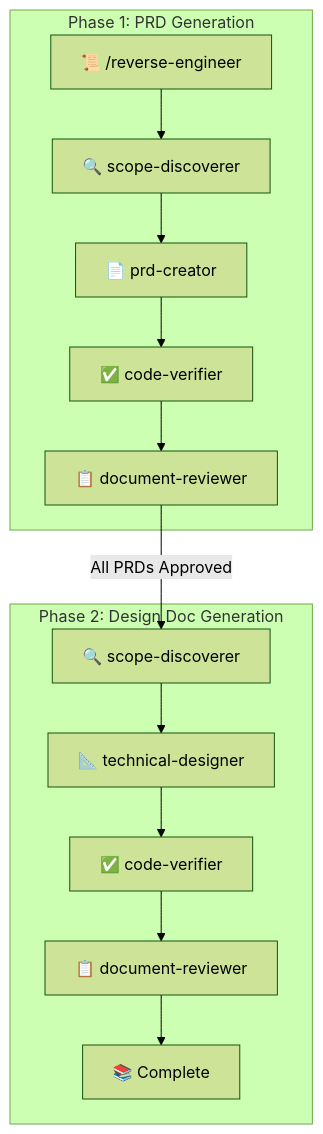
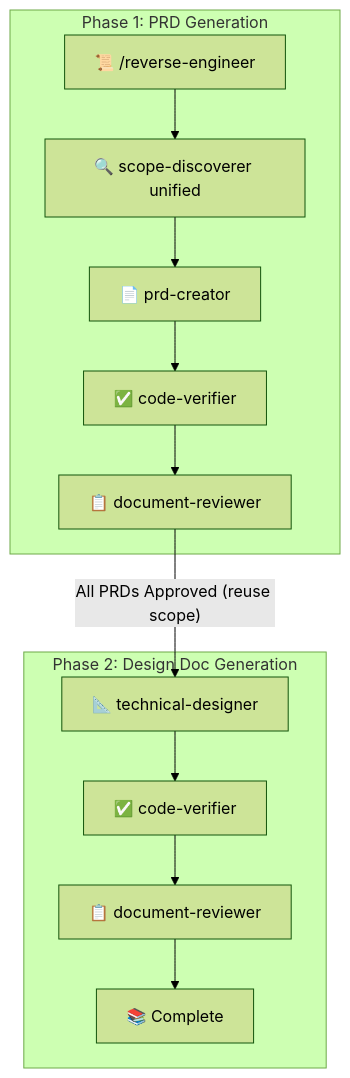
One commit to shinpr/claude-code-workflows changed the third of 3 diagrams in README.md. Above: the diagram before and after it, drawn with Mermaid (forest theme). The commit also changed other lines of this file and 7 other files, not shown here.

First line of the commit message:
feat: unify scope-discoverer and add fullstack support to reverse-engineer

````diff
--- a/README.md
+++ b/README.md
@@ -124,18 +124,17 @@
 ```mermaid
 graph TB
     subgraph Phase1[Phase 1: PRD Generation]
-        CMD[📜 /reverse-engineer] --> SD1[🔍 scope-discoverer]
-        SD1 --> PRD[📄 prd-creator]
+        CMD[📜 /reverse-engineer] --> SD[🔍 scope-discoverer unified]
+        SD --> PRD[📄 prd-creator]
         PRD --> CV1[✅ code-verifier]
         CV1 --> DR1[📋 document-reviewer]
     end
 
     subgraph Phase2[Phase 2: Design Doc Generation]
-        SD2[🔍 scope-discoverer] --> DD[📐 technical-designer]
-        DD --> CV2[✅ code-verifier]
+        TD[📐 technical-designer] --> CV2[✅ code-verifier]
         CV2 --> DR2[📋 document-reviewer]
         DR2 --> DONE[📚 Complete]
     end
 
-    DR1 --> |All PRDs Approved| SD2
+    DR1 --> |"All PRDs Approved (reuse scope)"| TD
 ```
````
